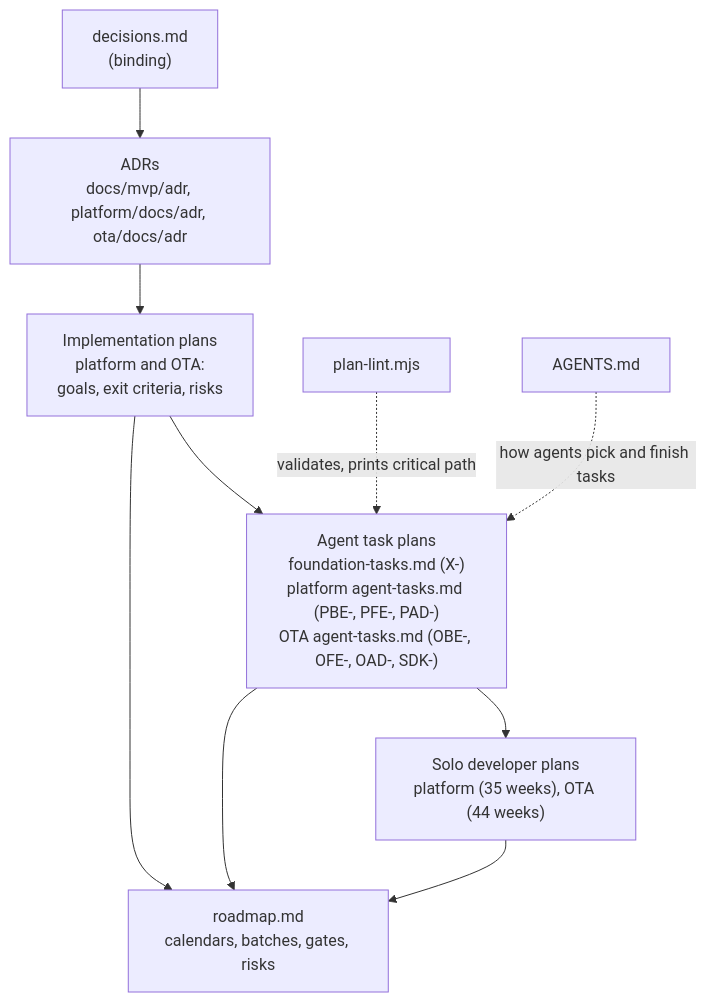
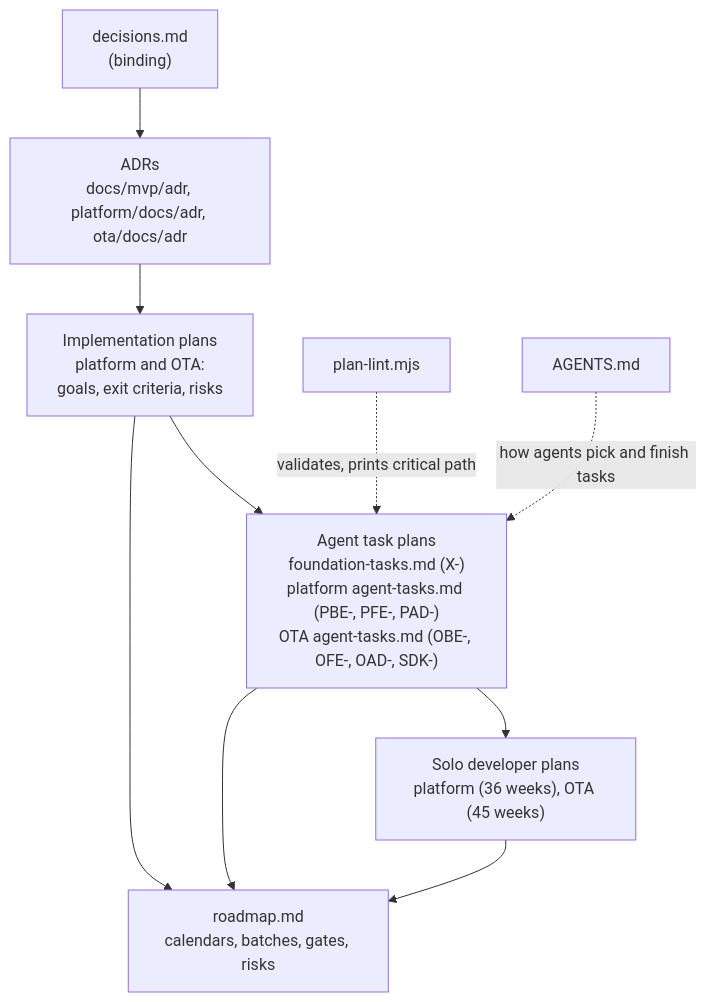
The diagram in docs/mvp/plans/README.md (bhagwati-prasad/velexis-ota), drawn with Mermaid before and after one commit. The commit also changed other lines of this file and 30 other files, not shown here.

````diff
--- a/docs/mvp/plans/README.md
+++ b/docs/mvp/plans/README.md
@@ -22,12 +22,12 @@
 ```mermaid
 flowchart TD
   D["decisions.md<br/>(binding)"] --> A["ADRs<br/>docs/mvp/adr, platform/docs/adr, ota/docs/adr"]
   A --> IP["Implementation plans<br/>platform and OTA:<br/>goals, exit criteria, risks"]
   IP --> AT["Agent task plans<br/>foundation-tasks.md (X-)<br/>platform agent-tasks.md (PBE-, PFE-, PAD-)<br/>OTA agent-tasks.md (OBE-, OFE-, OAD-, SDK-)"]
-  AT --> SP["Solo developer plans<br/>platform (35 weeks), OTA (44 weeks)"]
+  AT --> SP["Solo developer plans<br/>platform (36 weeks), OTA (45 weeks)"]
   AT --> R["roadmap.md<br/>calendars, batches, gates, risks"]
   IP --> R
   SP --> R
   L["plan-lint.mjs"] -. validates, prints critical path .-> AT
   AG["AGENTS.md"] -. how agents pick and finish tasks .-> AT
 ```
````
